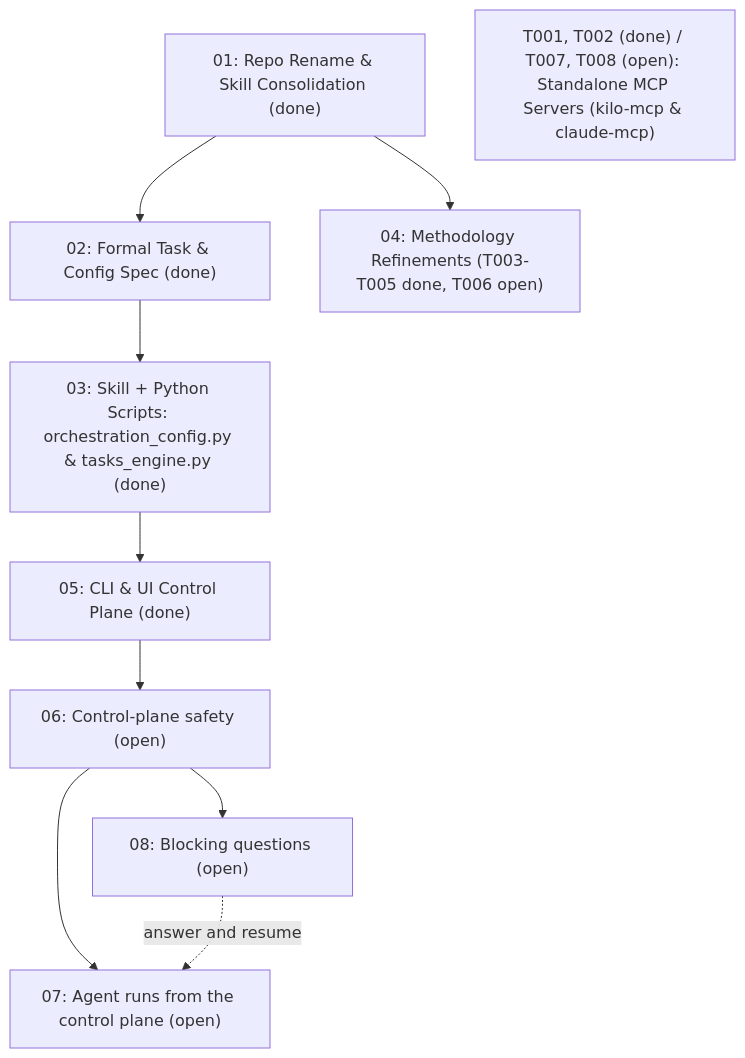
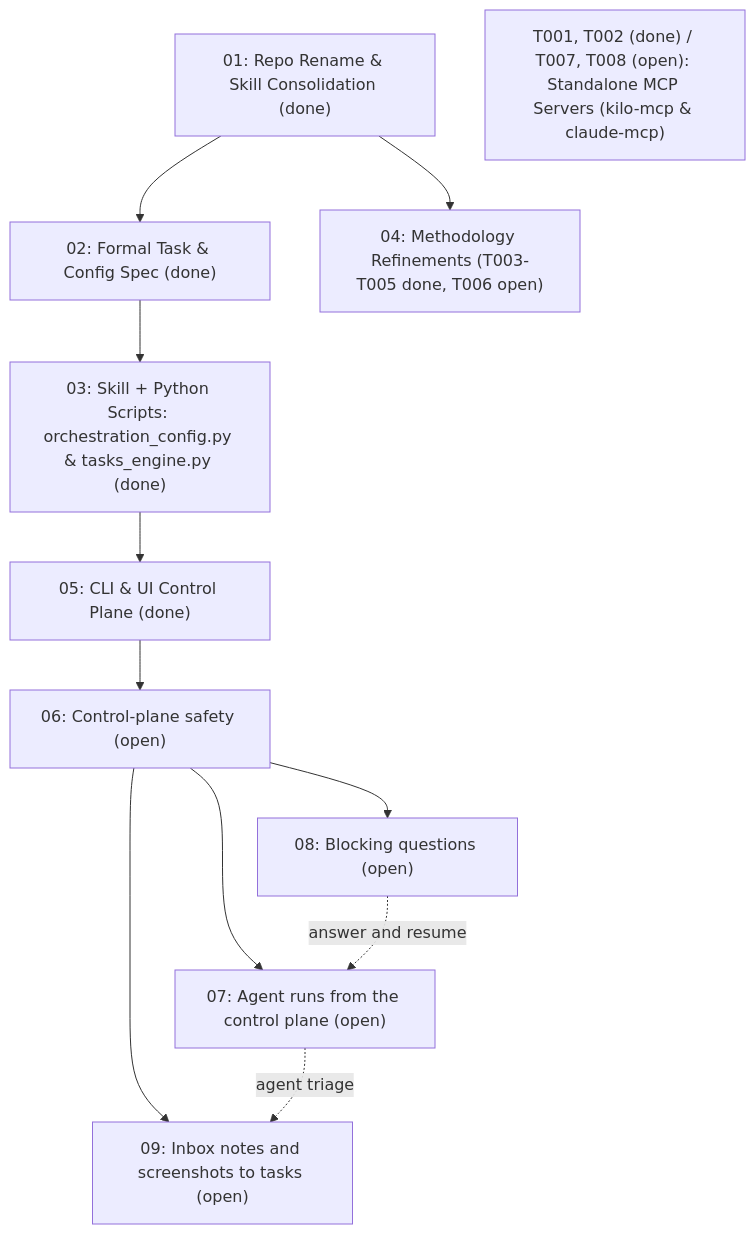
One commit to primax79/ai-orchestration changed the diagram in tasks/00-INDEX.md. Above: the diagram before and after it, drawn with Mermaid. The commit also changed other lines of this file and 2 other files, not shown here.

Commit message:
docs(tasks): spec and plan for the inbox (09): draft notes and screenshots processed into tasks

````diff
--- a/tasks/00-INDEX.md
+++ b/tasks/00-INDEX.md
@@ -85,18 +87,21 @@
 ```mermaid
 flowchart TB
     I01["01: Repo Rename & Skill Consolidation (done)"]
     I02["02: Formal Task & Config Spec (done)"]
     I03["03: Skill + Python Scripts: orchestration_config.py & tasks_engine.py (done)"]
     I04["04: Methodology Refinements (T003-T005 done, T006 open)"]
     I05["05: CLI & UI Control Plane (done)"]
     I06["06: Control-plane safety (open)"]
     I07["07: Agent runs from the control plane (open)"]
     I08["08: Blocking questions (open)"]
+    I09["09: Inbox notes and screenshots to tasks (open)"]
     MCP["T001, T002 (done) / T007, T008 (open): Standalone MCP Servers (kilo-mcp & claude-mcp)"]
 
     I01 --> I02 --> I03 --> I05 --> I06
     I06 --> I07
     I06 --> I08
+    I06 --> I09
+    I07 -.->|agent triage| I09
     I08 -.->|answer and resume| I07
     I01 --> I04
 ```
````
